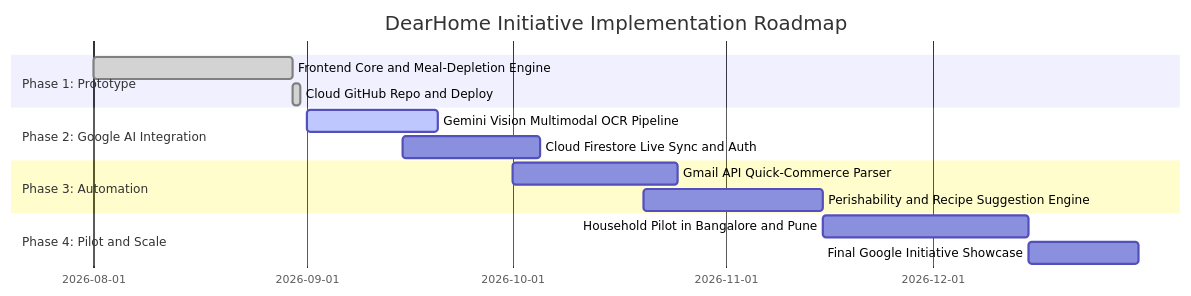
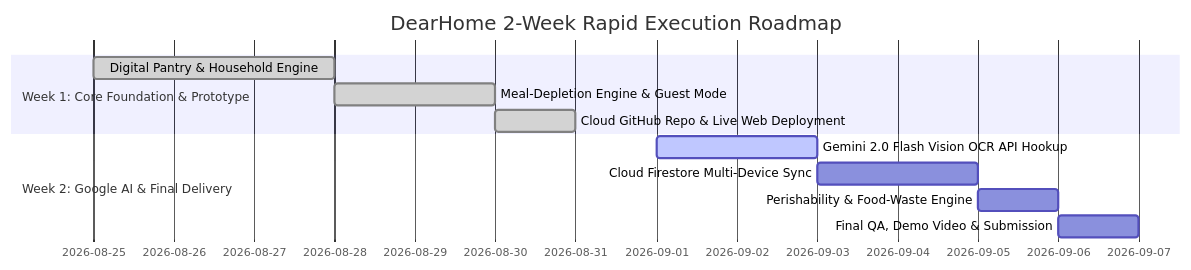
The second of 2 diagrams in PROPOSAL.md (sindhuja-ramesh/dearhome), drawn with Mermaid before and after one commit. The commit also changed other lines of this file, not shown here.

Commit message:
docs: update implementation plan to week-wise rapid execution (Week 1 & Week 2 completion)

````diff
--- a/PROPOSAL.md
+++ b/PROPOSAL.md
@@ -84,17 +86,14 @@
 ```mermaid
 gantt
-    title DearHome Initiative Implementation Roadmap
+    title DearHome 2-Week Rapid Execution Roadmap
     dateFormat  YYYY-MM-DD
-    section Phase 1: Prototype
-    Frontend Core and Meal-Depletion Engine :done, p1, 2026-08-01, 2026-08-30
-    Cloud GitHub Repo and Deploy :done, p2, 2026-08-30, 2026-08-31
-    section Phase 2: Google AI Integration
-    Gemini Vision Multimodal OCR Pipeline :active, p3, 2026-09-01, 2026-09-20
-    Cloud Firestore Live Sync and Auth :p4, 2026-09-15, 2026-10-05
-    section Phase 3: Automation
-    Gmail API Quick-Commerce Parser :p5, 2026-10-01, 2026-10-25
-    Perishability and Recipe Suggestion Engine :p6, 2026-10-20, 2026-11-15
-    section Phase 4: Pilot and Scale
-    Household Pilot in Bangalore and Pune :p7, 2026-11-15, 2026-12-15
-    Final Google Initiative Showcase :p8, 2026-12-15, 2026-12-31
+    section Week 1: Core Foundation & Prototype
+    Digital Pantry & Household Engine        :done, w1_1, 2026-08-25, 2026-08-28
+    Meal-Depletion Engine & Guest Mode      :done, w1_2, 2026-08-28, 2026-08-30
+    Cloud GitHub Repo & Live Web Deployment :done, w1_3, 2026-08-30, 2026-08-31
+    section Week 2: Google AI & Final Delivery
+    Gemini 2.0 Flash Vision OCR API Hookup  :active, w2_1, 2026-09-01, 2026-09-03
+    Cloud Firestore Multi-Device Sync       :w2_2, 2026-09-03, 2026-09-05
+    Perishability & Food-Waste Engine       :w2_3, 2026-09-05, 2026-09-06
+    Final QA, Demo Video & Submission       :w2_4, 2026-09-06, 2026-09-07
 ```
````
